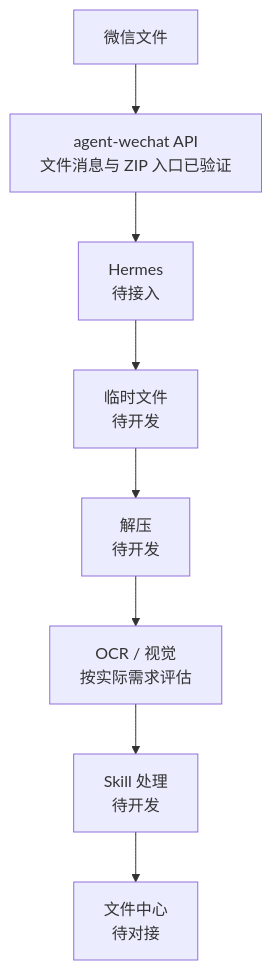
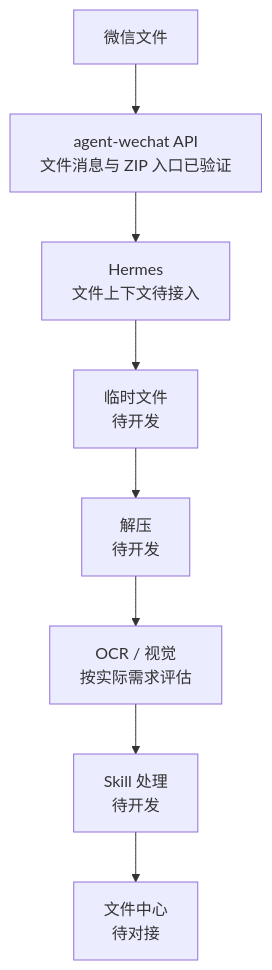
Before and after one commit to Tangbohu09527/CF_ecommerce-automation-docs: the third of 3 diagrams in architecture/message-flow.md, drawn with Mermaid. The commit also changed other lines of this file and 20 other files, not shown here.

Commit message:
docs: update V1 staging architecture and validation records

````diff
--- a/architecture/message-flow.md
+++ b/architecture/message-flow.md
@@ -72,10 +74,10 @@
 ```mermaid
 flowchart TB
     E["微信文件"] --> W["agent-wechat API<br/>文件消息与 ZIP 入口已验证"]
-    W --> H["Hermes<br/>待接入"]
+    W --> H["Hermes<br/>文件上下文待接入"]
     H --> T["临时文件<br/>待开发"]
     T --> U["解压<br/>待开发"]
     U --> V["OCR / 视觉<br/>按实际需求评估"]
     V --> S["Skill 处理<br/>待开发"]
     S --> F["文件中心<br/>待对接"]
 ```
````
